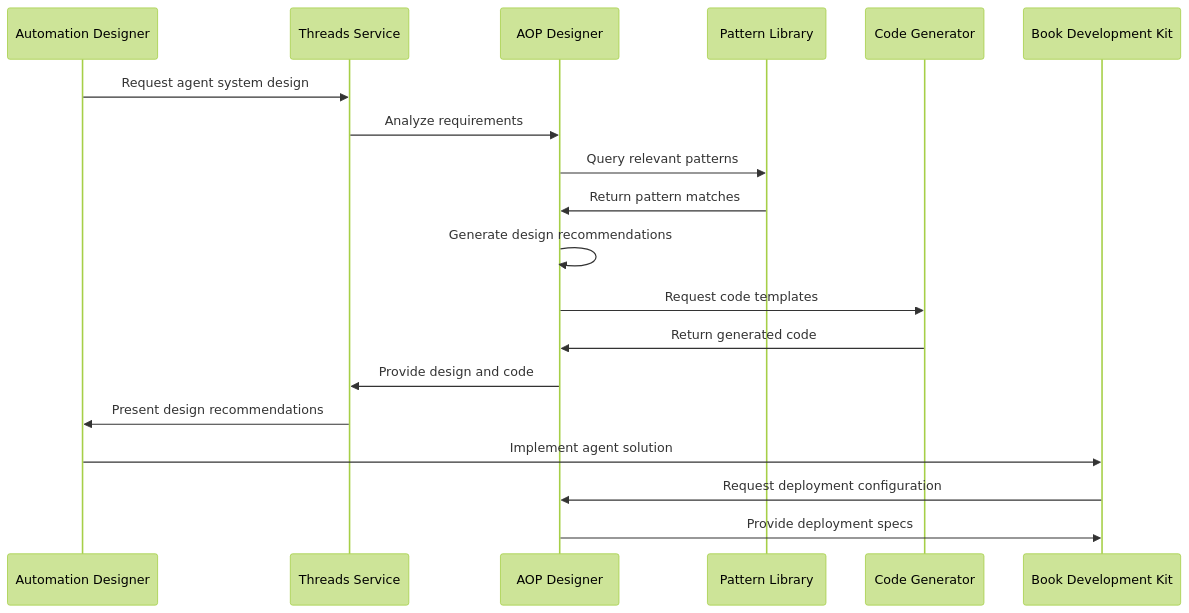
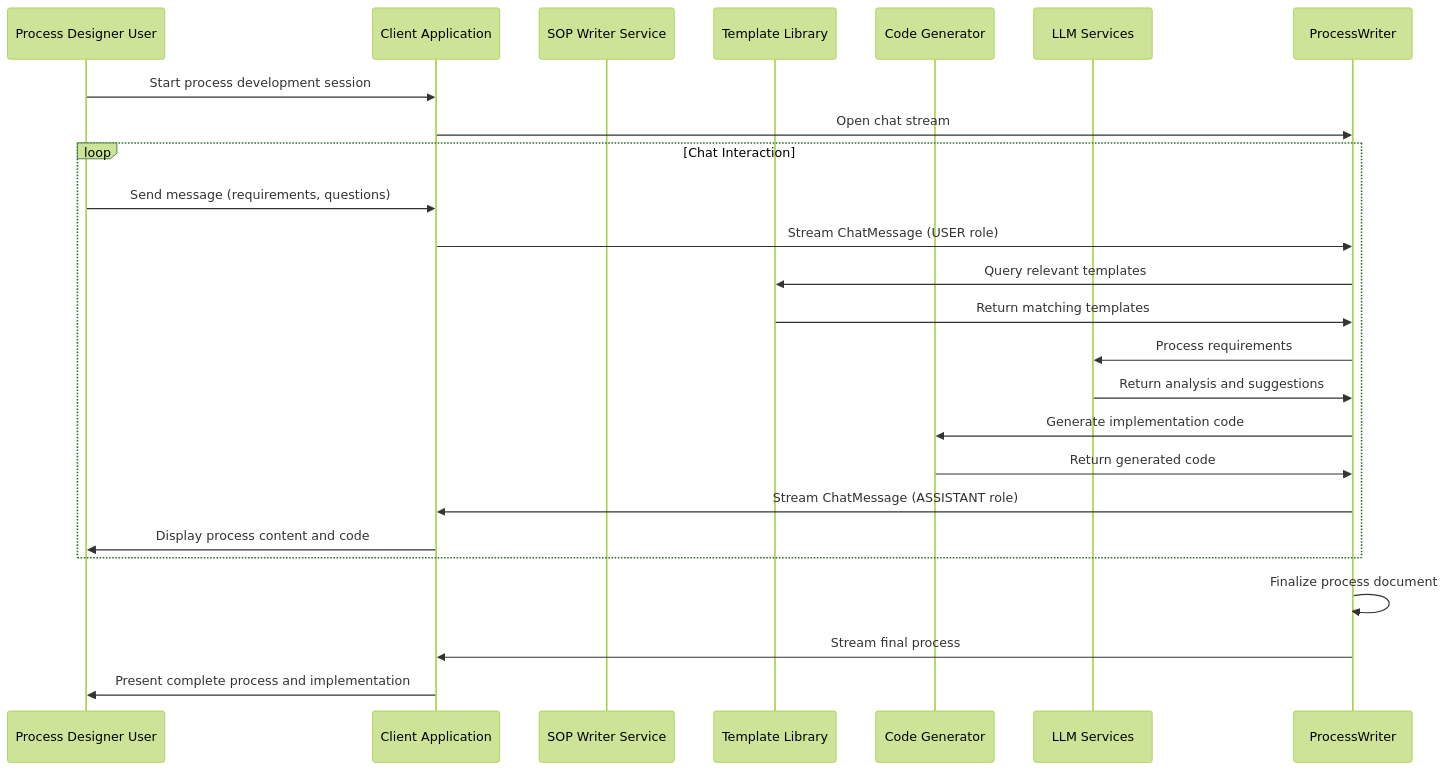
Before and after one commit to 3miliano/voyager-architecture: the diagram in docs/chat-agent-services/process-designer.md, drawn with Mermaid (forest theme). The commit also changed other lines of this file and 7 other files, not shown here.

First line of the commit message:
Reorganize chat agent services architecture

````diff
--- a/docs/chat-agent-services/process-designer.md
+++ b/docs/chat-agent-services/process-designer.md
@@ -90,25 +102,33 @@
 ```mermaid
 sequenceDiagram
-    participant User as Automation Designer
-    participant Threads as Threads Service
-    participant AOPDesigner as AOP Designer
-    participant PatternLib as Pattern Library
+    participant User as Process Designer User
+    participant Client as Client Application
+    participant SOPWriter as SOP Writer Service
+    participant Templates as Template Library
     participant CodeGen as Code Generator
-    participant BDK as Book Development Kit
+    participant LLM as LLM Services
 
-    User->>Threads: Request agent system design
-    Threads->>AOPDesigner: Analyze requirements
-    AOPDesigner->>PatternLib: Query relevant patterns
-    PatternLib->>AOPDesigner: Return pattern matches
+    User->>Client: Start process development session
+    Client->>ProcessWriter: Open chat stream
     
-    AOPDesigner->>AOPDesigner: Generate design recommendations
-    AOPDesigner->>CodeGen: Request code templates
-    CodeGen->>AOPDesigner: Return generated code
+    loop Chat Interaction
+        User->>Client: Send message (requirements, questions)
+        Client->>ProcessWriter: Stream ChatMessage (USER role)
+        
+        ProcessWriter->>Templates: Query relevant templates
+        Templates->>ProcessWriter: Return matching templates
+        
+        ProcessWriter->>LLM: Process requirements
+        LLM->>ProcessWriter: Return analysis and suggestions
+        
+        ProcessWriter->>CodeGen: Generate implementation code
+        CodeGen->>ProcessWriter: Return generated code
+        
+        ProcessWriter->>Client: Stream ChatMessage (ASSISTANT role)
+        Client->>User: Display process content and code
+    end
     
-    AOPDesigner->>Threads: Provide design and code
-    Threads->>User: Present design recommendations
-    
-    User->>BDK: Implement agent solution
-    BDK->>AOPDesigner: Request deployment configuration
-    AOPDesigner->>BDK: Provide deployment specs
+    ProcessWriter->>ProcessWriter: Finalize process document
+    ProcessWriter->>Client: Stream final process
+    Client->>User: Present complete process and implementation
 ```
````
